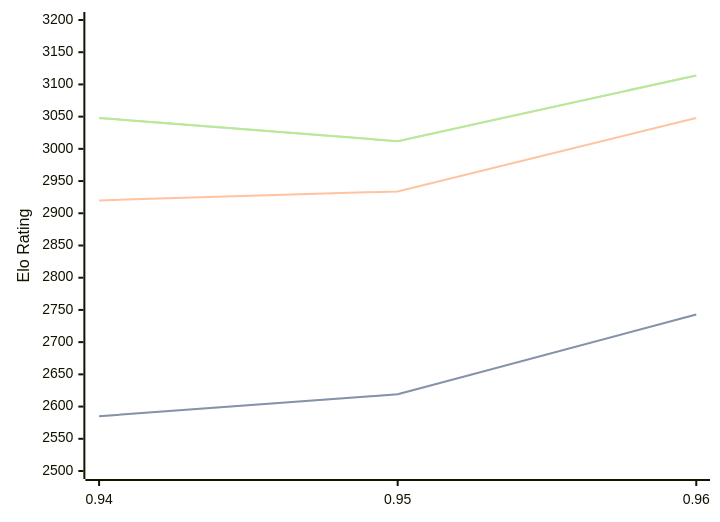
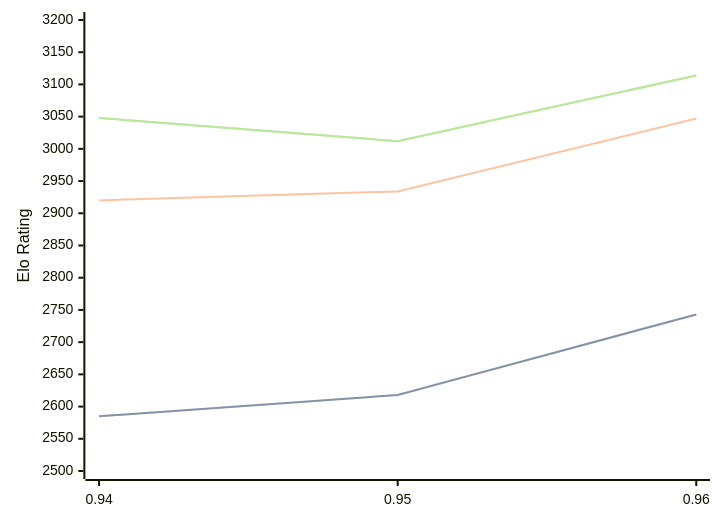
The diagram in engines/Myrddin.md (computer-chess-index/cci), drawn with Mermaid before and after one commit. The commit also changed other lines of this file, not shown here.

````diff
--- a/engines/Myrddin.md
+++ b/engines/Myrddin.md
@@ -38,11 +38,11 @@
 ```mermaid
 %%{init: {"theme":"base","themeVariables":{"seriesColors:['#a3a3a3','#222221','#faa371']}}}%%
 xychart-beta
   x-axis ["0.94", "0.95", "0.96"]
   y-axis "Elo Rating" 2500 --> 3200
-  line "STC (8.0+0.08s)" [2585, 2619, 2743]
-  line "STC (8.0+0.08s)" [2585, 2619, 2743]
-  line "LTC (60.0+0.60s)" [2920, 2934, 3048]
+  line "STC (8.0+0.08s)" [2585, 2618, 2743]
+  line "STC (8.0+0.08s)" [2585, 2618, 2743]
+  line "LTC (60.0+0.60s)" [2920, 2934, 3047]
   line "VLTC (2m24s+1.12s)" [3048, 3012, 3114]
   line "VLTC (2m24s+1.12s)" [3048, 3012, 3114]
 ```
````
